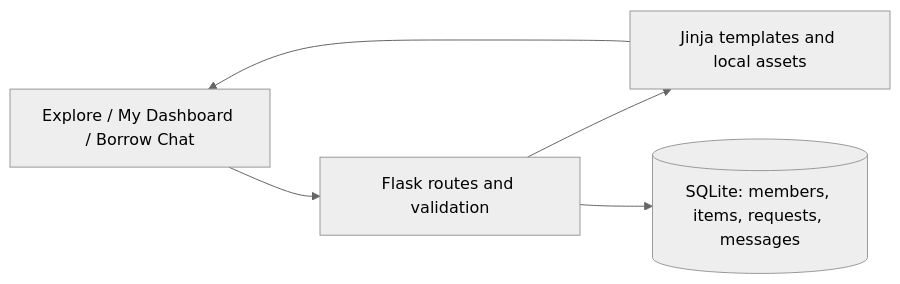
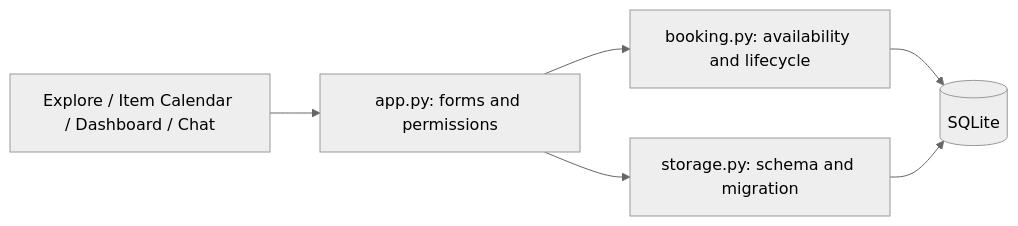
One commit to Amritanshu05/Demandbase changed the first of 2 diagrams in docs/DESIGN.md. Above: the diagram before and after it, drawn with Mermaid (neutral theme). The commit also changed other lines of this file and 22 other files, not shown here.

````diff
--- a/docs/DESIGN.md
+++ b/docs/DESIGN.md
@@ -7,7 +7,8 @@
 ```mermaid
 flowchart LR
-    Browser[Explore / My Dashboard / Borrow Chat] --> Flask[Flask routes and validation]
-    Flask --> Jinja[Jinja templates and local assets]
-    Flask --> DB[(SQLite: members, items, requests, messages)]
-    Jinja --> Browser
+    Browser[Explore / Item Calendar / Dashboard / Chat] --> Routes[app.py: forms and permissions]
+    Routes --> Domain[booking.py: availability and lifecycle]
+    Routes --> Store[storage.py: schema and migration]
+    Domain --> DB[(SQLite)]
+    Store --> DB
 ```
````
